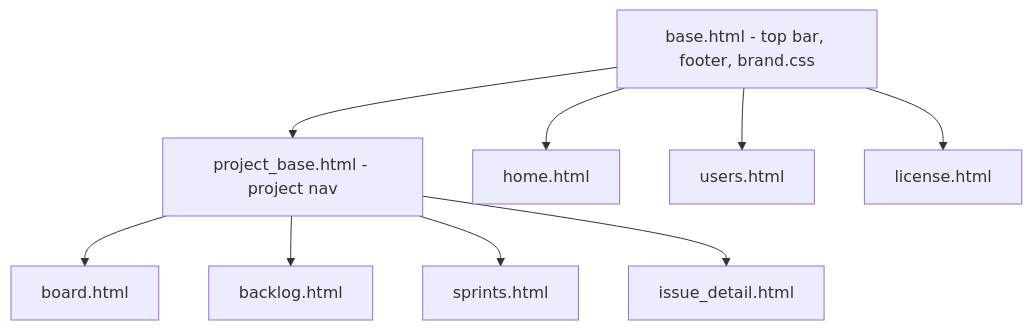
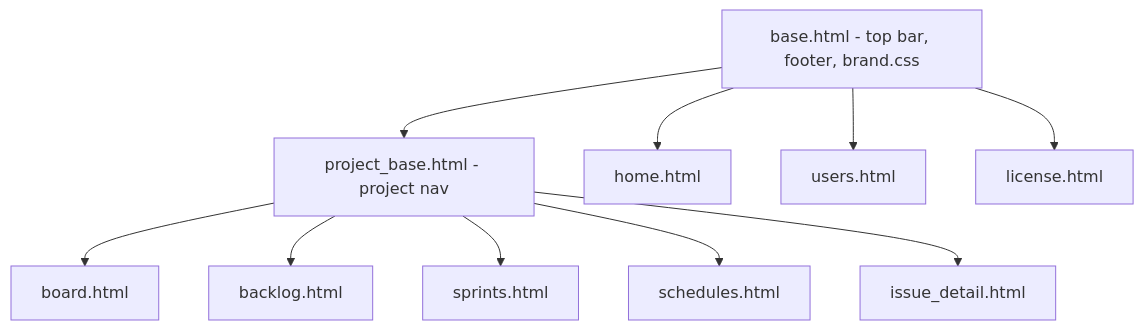
The first of 2 diagrams in docs/adr/ADR-009.md (Mathotics/Keel), drawn with Mermaid before and after one commit. The commit also changed 40 other files, not shown here.

````diff
--- a/docs/adr/ADR-009.md
+++ b/docs/adr/ADR-009.md
@@ -86,21 +86,23 @@
 ```mermaid
 flowchart TD
   base["base.html - top bar, footer, brand.css"]
   project["project_base.html - project nav"]
   home["home.html"]
   users["users.html"]
   license["license.html"]
   board["board.html"]
   backlog["backlog.html"]
   sprints["sprints.html"]
+  schedules["schedules.html"]
   issue["issue_detail.html"]
 
   base --> home
   base --> users
   base --> license
   base --> project
   project --> board
   project --> backlog
   project --> sprints
+  project --> schedules
   project --> issue
 ```
````
